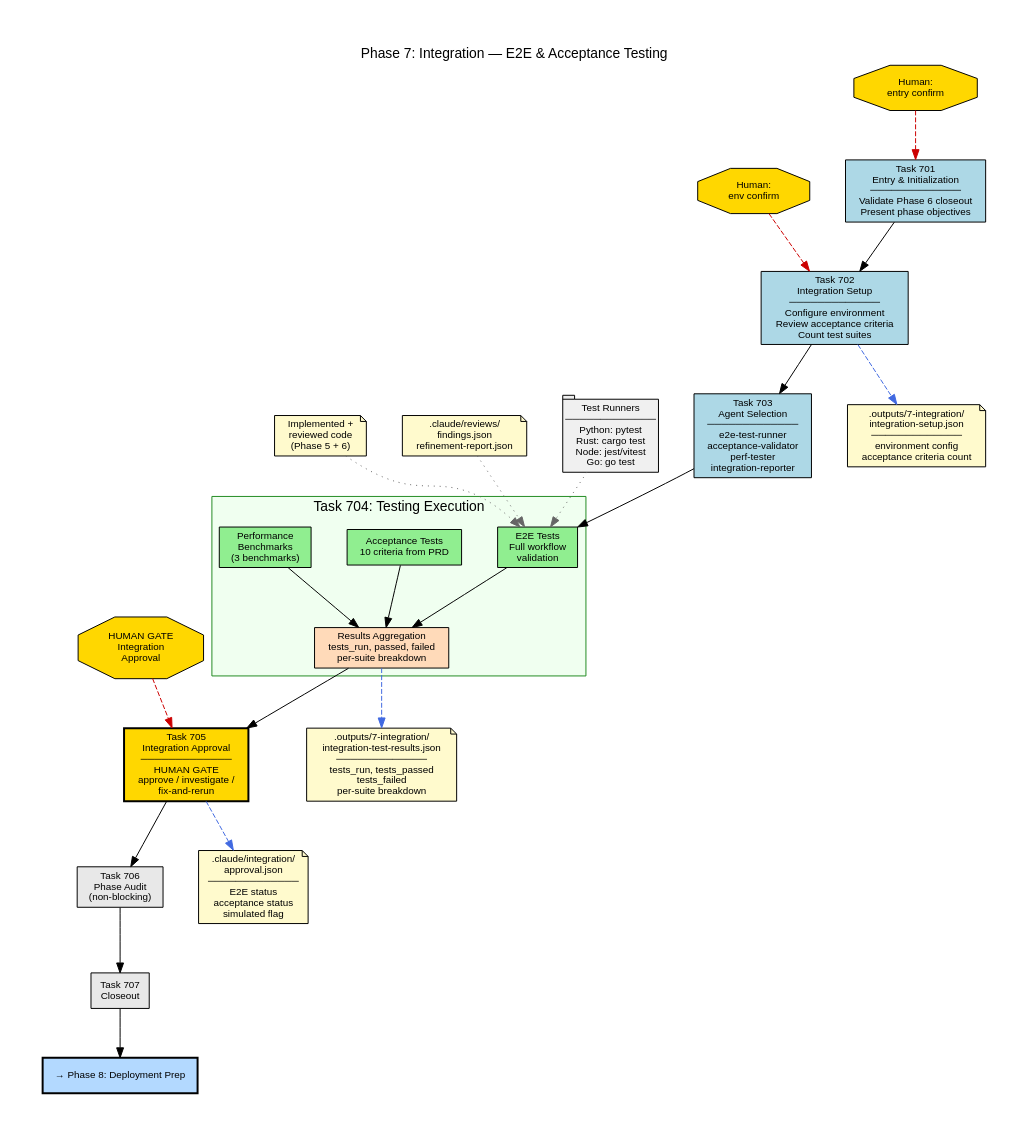
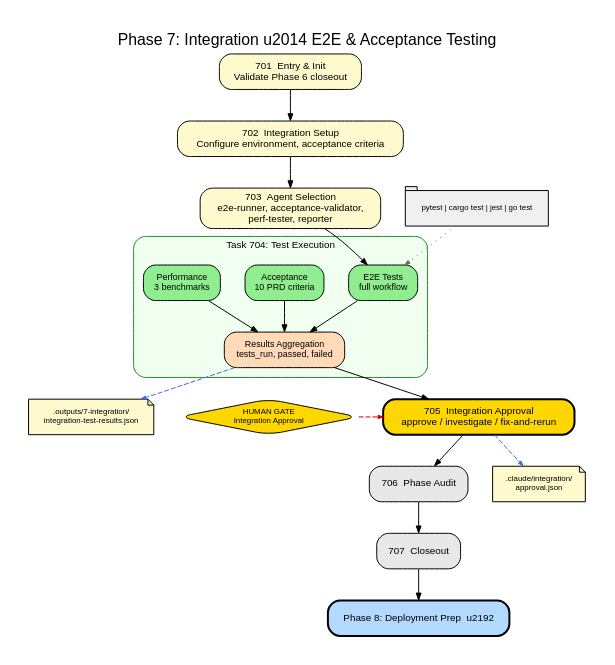
Before and after one commit to turbobeest/atomic-claude: the diagram in dev/docs/diagrams/08-phase-07-integration.dot, drawn with Graphviz. The commit also changed 21 other files, not shown here.

First line of the commit message:
Clean up all 12 architecture diagrams for readability

```diff
--- a/dev/docs/diagrams/08-phase-07-integration.dot
+++ b/dev/docs/diagrams/08-phase-07-integration.dot
@@ -1,83 +1,77 @@
 // Phase 7: Integration — Task Flow
-// E2E testing, acceptance validation, performance benchmarks
 // Generated: 2026-03-01 from codebase analysis
 
 digraph phase_07_integration {
     rankdir=TB
     fontname="Helvetica"
-    fontsize=14
-    label="Phase 7: Integration — E2E & Acceptance Testing"
+    fontsize=16
+    label="Phase 7: Integration \u2014 E2E & Acceptance Testing"
     labelloc=t
-    pad=0.5
-    nodesep=0.5
-    ranksep=0.7
+    labeljust=c
+    pad=0.3
+    nodesep=0.35
+    ranksep=0.45
+    splines=true
+    bgcolor=white
 
-    node [fontname="Helvetica", fontsize=10, style=filled, shape=box]
-    edge [fontname="Helvetica", fontsize=9]
+    node [fontname="Helvetica", fontsize=10, style="filled,rounded", shape=box, margin="0.12,0.06"]
+    edge [fontname="Helvetica", fontsize=8, arrowsize=0.7]
 
-    // Tasks
-    t701 [label="Task 701\nEntry & Initialization\n─────────────\nValidate Phase 6 closeout\nPresent phase objectives", fillcolor="#ADD8E6"]
-    t702 [label="Task 702\nIntegration Setup\n─────────────\nConfigure environment\nReview acceptance criteria\nCount test suites", fillcolor="#ADD8E6"]
-    t703 [label="Task 703\nAgent Selection\n─────────────\ne2e-test-runner\nacceptance-validator\nperf-tester\nintegration-reporter", fillcolor="#ADD8E6"]
+    // ── Task spine ──
+    t701 [label="701  Entry & Init\nValidate Phase 6 closeout", fillcolor="#FFFACD"]
+    t702 [label="702  Integration Setup\nConfigure environment, acceptance criteria", fillcolor="#FFFACD"]
+    t703 [label="703  Agent Selection\ne2e-runner, acceptance-validator,\nperf-tester, reporter", fillcolor="#FFFACD"]
 
-    // Testing cluster
+    t701 -> t702 -> t703
+
+    // ── Testing ──
     subgraph cluster_test {
-        label="Task 704: Testing Execution"
-        style=filled
+        label="Task 704: Test Execution"
+        labeljust=c
+        fontsize=10
+        style="filled,rounded"
+        color="#228B22"
         fillcolor="#F0FFF0"
-        color="#228B22"
+        margin=10
 
-        e2e [label="E2E Tests\nFull workflow\nvalidation", shape=box, fillcolor="#90EE90"]
-        accept [label="Acceptance Tests\n10 criteria from PRD", shape=box, fillcolor="#90EE90"]
-        perf [label="Performance\nBenchmarks\n(3 benchmarks)", shape=box, fillcolor="#90EE90"]
+        node [fontsize=9, margin="0.08,0.04"]
+        e2e [label="E2E Tests\nfull workflow", fillcolor="#90EE90"]
+        accept [label="Acceptance\n10 PRD criteria", fillcolor="#90EE90"]
+        perftest [label="Performance\n3 benchmarks", fillcolor="#90EE90"]
 
-        results [label="Results Aggregation\ntests_run, passed, failed\nper-suite breakdown", shape=box, fillcolor="#FFDAB9"]
+        {rank=same; e2e; accept; perftest}
 
+        results [label="Results Aggregation\ntests_run, passed, failed", fillcolor="#FFDAB9"]
         e2e -> results
         accept -> results
-        perf -> results
+        perftest -> results
     }
 
-    t705 [label="Task 705\nIntegration Approval\n─────────────\nHUMAN GATE\napprove / investigate /\nfix-and-rerun", fillcolor="#FFD700", style="filled,bold"]
-    t706 [label="Task 706\nPhase Audit\n(non-blocking)", fillcolor="#E8E8E8"]
-    t707 [label="Task 707\nCloseout", fillcolor="#E8E8E8"]
+    // ── Post-testing ──
+    t705 [label="705  Integration Approval\napprove / investigate / fix-and-rerun", fillcolor="#FFD700", style="filled,rounded,bold"]
+    t706 [label="706  Phase Audit", fillcolor="#E8E8E8"]
+    t707 [label="707  Closeout", fillcolor="#E8E8E8"]
+    next [label="Phase 8: Deployment Prep  \u2192", fillcolor="#B3D9FF", style="filled,rounded,bold"]
 
-    t701 -> t702 -> t703 -> e2e [lhead=cluster_test]
-    results -> t705 -> t706 -> t707
+    t703 -> e2e [lhead=cluster_test]
+    results -> t705 -> t706 -> t707 -> next
 
-    // Inputs
-    node [shape=note, fillcolor="#FFFACD"]
-    i_code [label="Implemented +\nreviewed code\n(Phase 5 + 6)"]
-    i_review [label=".claude/reviews/\nfindings.json\nrefinement-report.json"]
-    i_code -> e2e [style=dotted, color="#666666"]
-    i_review -> e2e [style=dotted, color="#666666"]
+    // ── Human gate ──
+    node [shape=diamond, fillcolor="#FFD700", fontsize=8, margin="0.08,0.04"]
+    hgate [label="HUMAN GATE\nIntegration Approval"]
+    hgate -> t705 [style=dashed, color="#CC0000", arrowsize=0.5]
+    {rank=same; t705; hgate}
 
-    // Stack-specific runners
-    node [shape=tab, fillcolor="#F0F0F0"]
-    runners [label="Test Runners\n─────────────\nPython: pytest\nRust: cargo test\nNode: jest/vitest\nGo: go test"]
-    runners -> e2e [style=dotted, color="#666666"]
+    // ── Stack runners ──
+    node [shape=tab, fillcolor="#F0F0F0", fontsize=8]
+    runners [label="pytest | cargo test | jest | go test"]
+    runners -> e2e [style=dotted, color="#666666", arrowsize=0.5]
 
-    // Outputs
-    node [shape=note, fillcolor="#FFFACD"]
-    o_setup [label=".outputs/7-integration/\nintegration-setup.json\n─────────────\nenvironment config\nacceptance criteria count"]
-    o_results [label=".outputs/7-integration/\nintegration-test-results.json\n─────────────\ntests_run, tests_passed\ntests_failed\nper-suite breakdown"]
-    o_approval [label=".claude/integration/\napproval.json\n─────────────\nE2E status\nacceptance status\nsimulated flag"]
+    // ── Outputs ──
+    node [shape=note, fillcolor="#FFFACD", fontsize=8, margin="0.08,0.04"]
+    o_results [label=".outputs/7-integration/\nintegration-test-results.json"]
+    o_approval [label=".claude/integration/\napproval.json"]
 
-    t702 -> o_setup [style=dashed, color="#4169E1"]
-    results -> o_results [style=dashed, color="#4169E1"]
-    t705 -> o_approval [style=dashed, color="#4169E1"]
-
-    // Human gates
-    node [shape=octagon, fillcolor="#FFD700"]
-    h701 [label="Human:\nentry confirm"]
-    h702 [label="Human:\nenv confirm"]
-    h705 [label="HUMAN GATE\nIntegration\nApproval"]
-    h701 -> t701 [style=dashed, color="#CC0000"]
-    h702 -> t702 [style=dashed, color="#CC0000"]
-    h705 -> t705 [style=dashed, color="#CC0000"]
-
-    // Next phase
-    node [shape=box, fillcolor="#B3D9FF", style="filled,bold"]
-    next [label="→ Phase 8: Deployment Prep"]
-    t707 -> next
+    results -> o_results [style=dashed, color="#4169E1", arrowsize=0.5]
+    t705 -> o_approval [style=dashed, color="#4169E1", arrowsize=0.5]
 }
```
